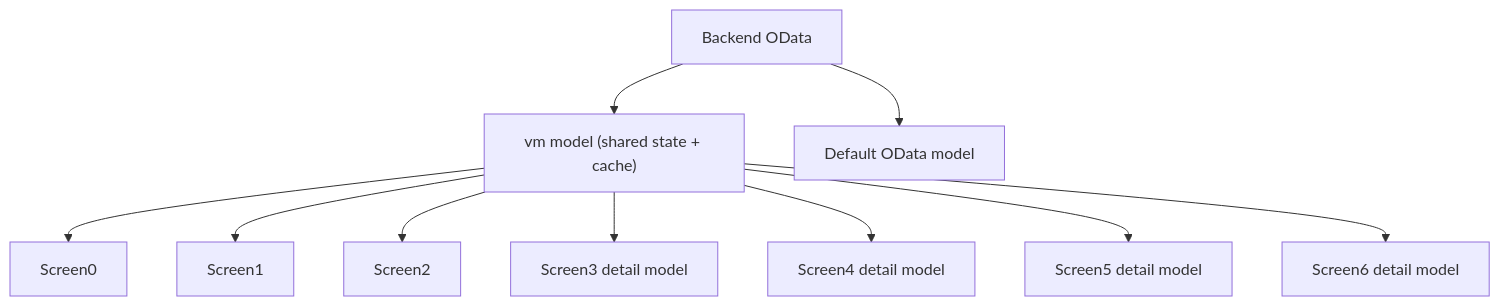
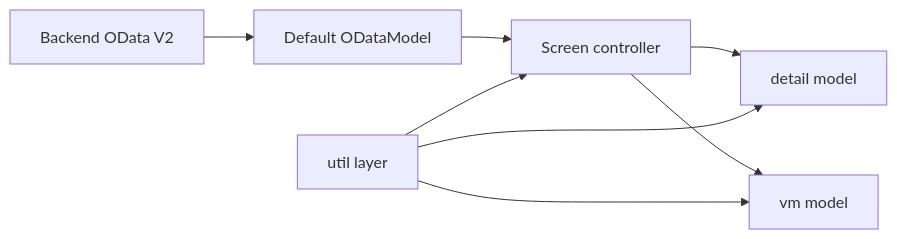
One commit to GabrieleMurgia/apptracciabilit- changed the diagram in KT_MANUALE_PROGETTO.md. Above: the diagram before and after it, drawn with Mermaid. The commit also changed other lines of this file and 2 other files, not shown here.

````diff
--- a/KT_MANUALE_PROGETTO.md
+++ b/KT_MANUALE_PROGETTO.md
@@ -895,12 +206,10 @@
 ```mermaid
-flowchart TD
-  BE["Backend OData"] --> VM["vm model (shared state + cache)"]
-  BE --> DEF["Default OData model"]
-  VM --> S0["Screen0"]
-  VM --> S1["Screen1"]
-  VM --> S2["Screen2"]
-  VM --> S3["Screen3 detail model"]
-  VM --> S4["Screen4 detail model"]
-  VM --> S5["Screen5 detail model"]
-  VM --> S6["Screen6 detail model"]
+flowchart LR
+  A["Backend OData V2"] --> B["Default ODataModel"]
+  B --> C["Screen controller"]
+  C --> D["detail model"]
+  C --> E["vm model"]
+  F["util layer"] --> C
+  F --> D
+  F --> E
 ```
````
